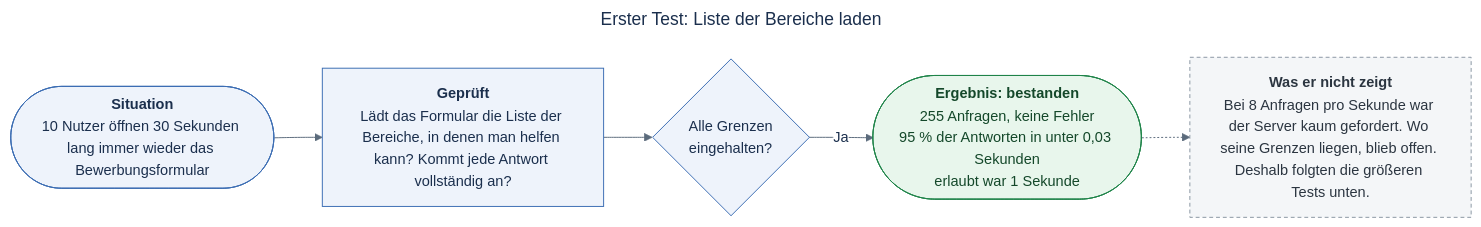
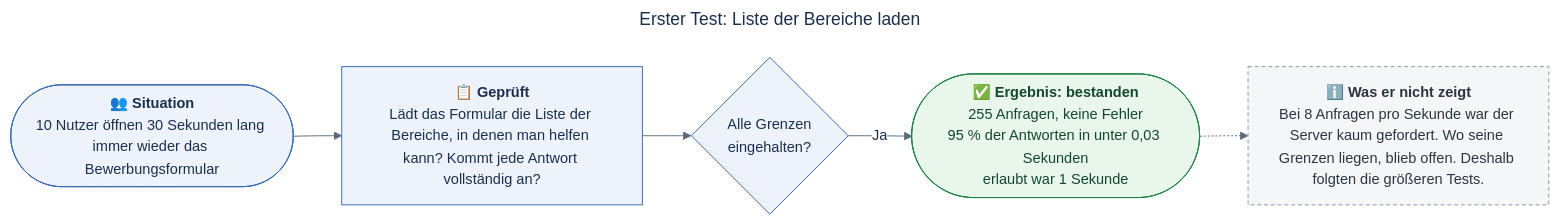
One commit to kamalshekho/design-thinking-workshop changed the first of 5 diagrams in load-test/RESULTS.md. Above: the diagram before and after it, drawn with Mermaid. The commit also changed other lines of this file, not shown here.

Commit message:
docs(load-test): explain each gap in plain words with icon diagrams and code pointers

````diff
--- a/load-test/RESULTS.md
+++ b/load-test/RESULTS.md
@@ -18,34 +18,35 @@
 ```mermaid
 ---
 title: "Erster Test: Liste der Bereiche laden"
 config:
   theme: base
   themeVariables:
     fontSize: "15px"
     primaryColor: "#eef3fb"
     primaryBorderColor: "#3b6db3"
     primaryTextColor: "#1b2f4d"
     lineColor: "#5b6b7c"
     edgeLabelBackground: "#ffffff"
+    clusterBkg: "#ffffff"
   flowchart:
-    wrappingWidth: 230
+    wrappingWidth: 250
     curve: basis
 ---
 flowchart LR
     %% The first, small run with load-test/categories.js, from the screenshot of 25.11.2026.
-    s(["<b>Situation</b><br/>10 Nutzer öffnen 30 Sekunden lang immer wieder das Bewerbungsformular"])
-    t["<b>Geprüft</b><br/>Lädt das Formular die Liste der Bereiche, in denen man helfen kann? Kommt jede Antwort vollständig an?"]
+    s(["👥 <b>Situation</b><br/>10 Nutzer öffnen 30 Sekunden lang immer wieder das Bewerbungsformular"])
+    t["📋 <b>Geprüft</b><br/>Lädt das Formular die Liste der Bereiche, in denen man helfen kann? Kommt jede Antwort vollständig an?"]
     c{"Alle Grenzen<br/>eingehalten?"}
-    r(["<b>Ergebnis: bestanden</b><br/>255 Anfragen, keine Fehler<br/>95 % der Antworten in unter 0,03 Sekunden<br/>erlaubt war 1 Sekunde"])
-    n["<b>Was er nicht zeigt</b><br/>Bei 8 Anfragen pro Sekunde war der Server kaum gefordert. Wo seine Grenzen liegen, blieb offen. Deshalb folgten die größeren Tests unten."]
+    r(["✅ <b>Ergebnis: bestanden</b><br/>255 Anfragen, keine Fehler<br/>95 % der Antworten in unter 0,03 Sekunden<br/>erlaubt war 1 Sekunde"])
+    n["ℹ️ <b>Was er nicht zeigt</b><br/>Bei 8 Anfragen pro Sekunde war der Server kaum gefordert. Wo seine Grenzen liegen, blieb offen. Deshalb folgten die größeren Tests."]
     s --> t --> c
     c -->|Ja| r
     r -.-> n
 
     classDef situation fill:#eef3fb,stroke:#3b6db3,color:#1b2f4d
     classDef ok fill:#e8f6ec,stroke:#1e8449,color:#14482a
     classDef note fill:#f4f6f8,stroke:#8a96a3,color:#2b3540,stroke-dasharray:4 3
     class s,t situation
     class r ok
     class n note
 ```
````
